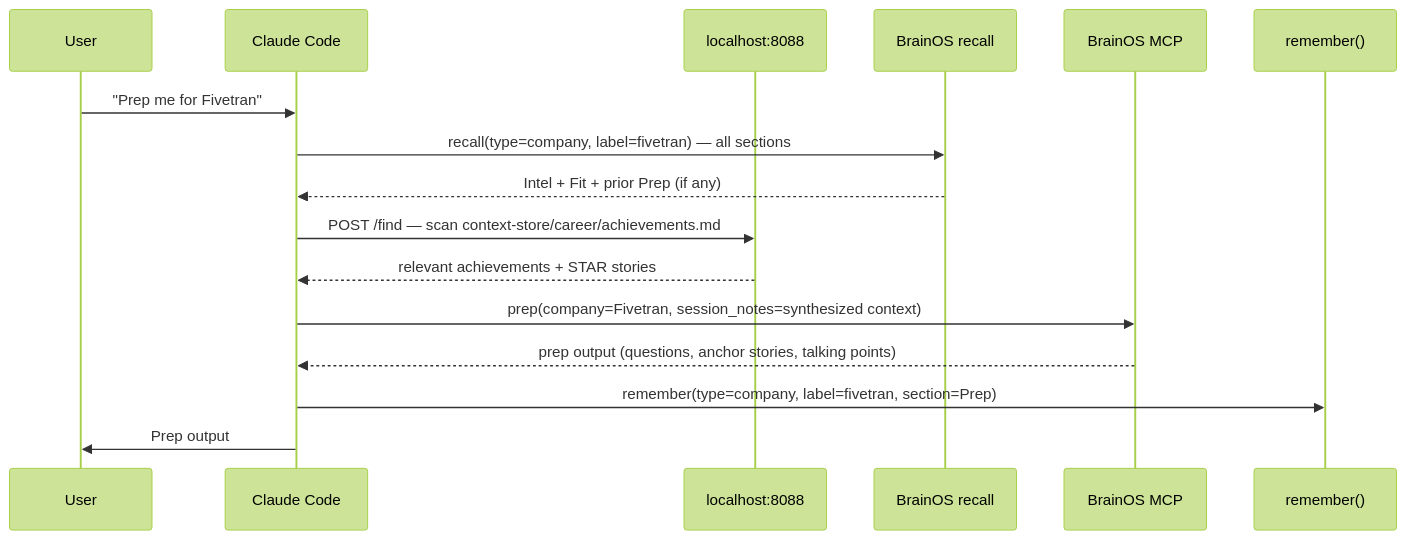
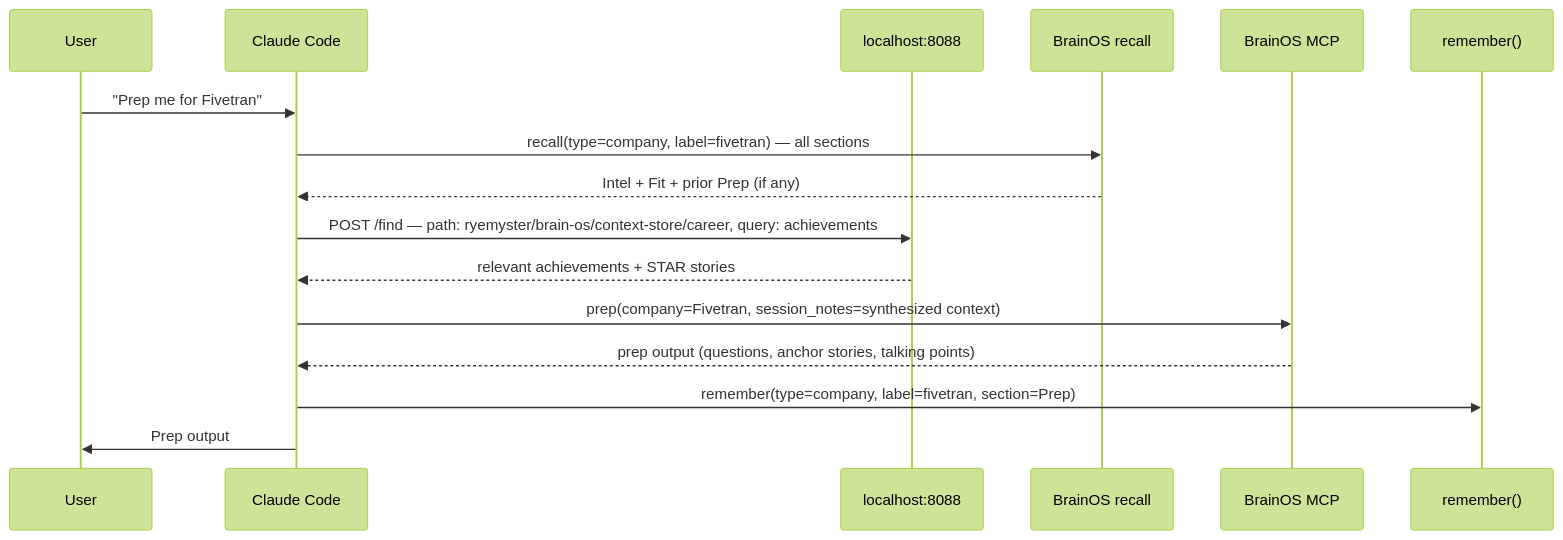
Before and after one commit to ryemyster/brain-os: the fifth of 5 diagrams in .claude/ARCHITECTURE.md, drawn with Mermaid (forest theme). The commit also changed other lines of this file and 13 other files, not shown here.

First line of the commit message:
Wire localhost:8088/setup into full agent brain architecture

````diff
--- a/.claude/ARCHITECTURE.md
+++ b/.claude/ARCHITECTURE.md
@@ -176,19 +176,19 @@
 ```mermaid
 sequenceDiagram
     participant U as User
     participant CC as Claude Code
     participant CE as localhost:8088
     participant R as BrainOS recall
     participant MCP as BrainOS MCP
     participant W as remember()
 
     U->>CC: "Prep me for Fivetran"
     CC->>R: recall(type=company, label=fivetran) — all sections
     R-->>CC: Intel + Fit + prior Prep (if any)
-    CC->>CE: POST /find — scan context-store/career/achievements.md
+    CC->>CE: POST /find — path: ryemyster/brain-os/context-store/career, query: achievements
     CE-->>CC: relevant achievements + STAR stories
     CC->>MCP: prep(company=Fivetran, session_notes=synthesized context)
     MCP-->>CC: prep output (questions, anchor stories, talking points)
     CC->>W: remember(type=company, label=fivetran, section=Prep)
     CC->>U: Prep output
 ```
````
